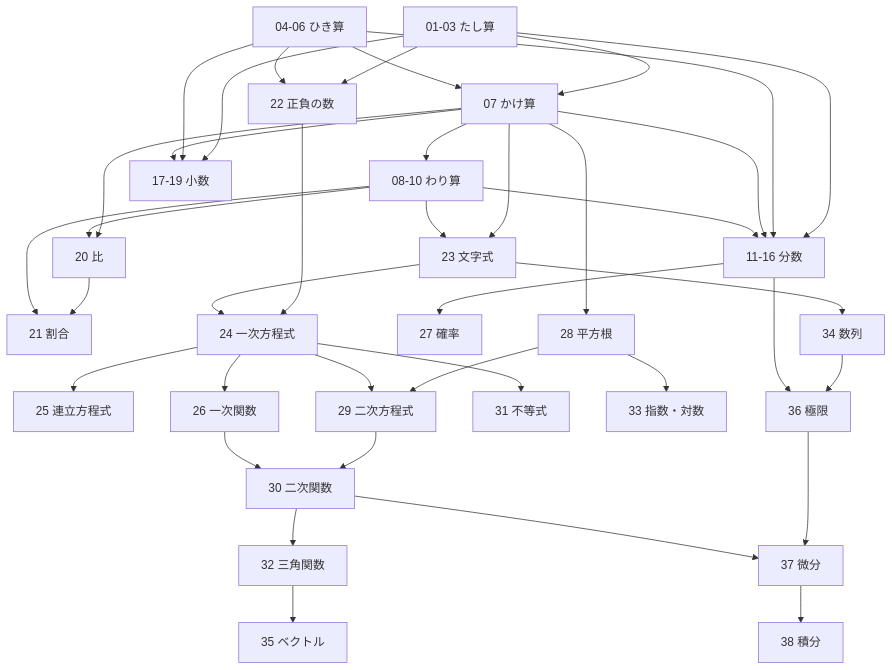
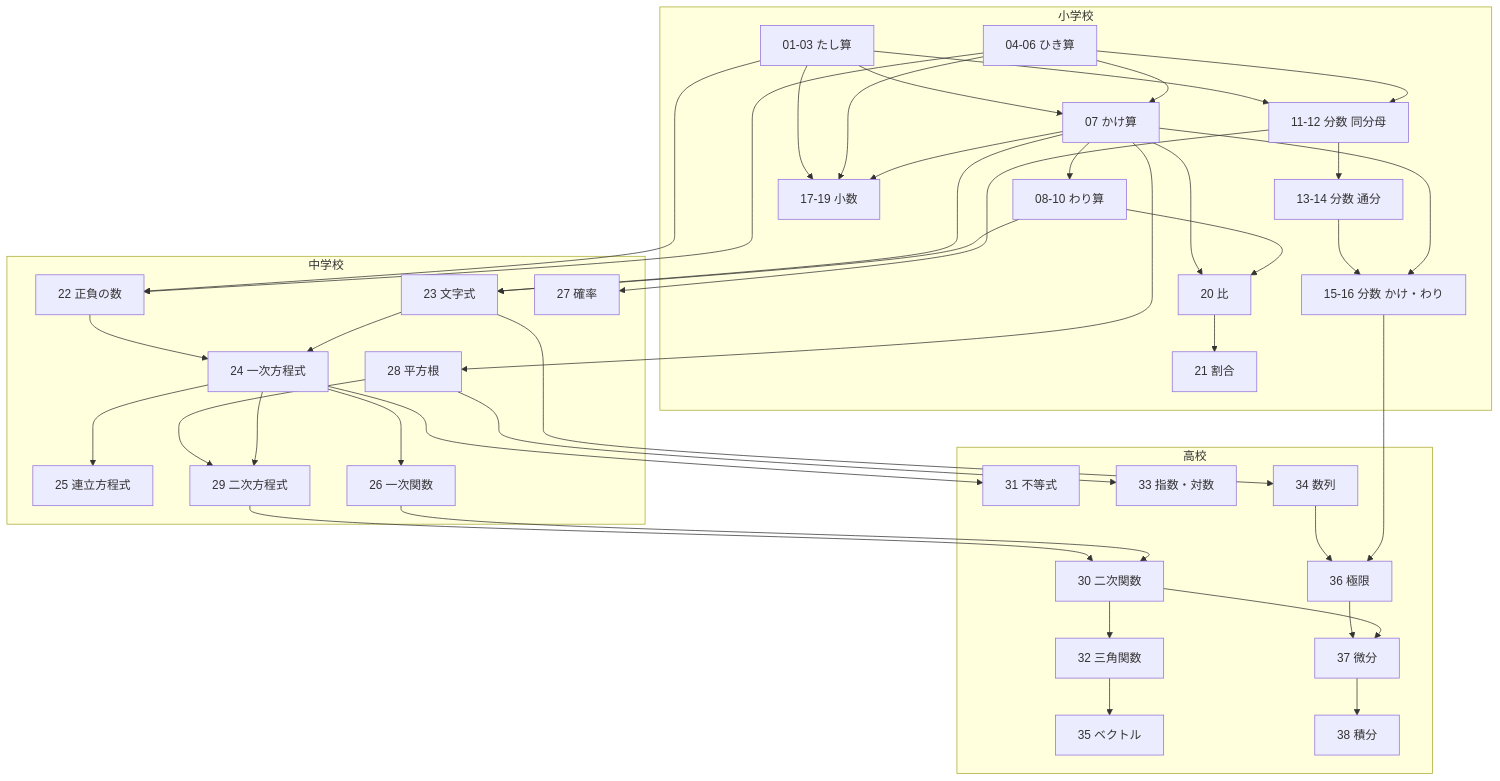
One commit to goataka/study changed the diagram in contents/math/README.md. Above: the diagram before and after it, drawn with Mermaid. The commit also changed other lines of this file and 116 other files, not shown here.

First line of the commit message:
Improve mermaid diagram with subgraphs, add example formulas to table, separate nav lines, link TOC to subject README, add Top link

````diff
--- a/contents/math/README.md
+++ b/contents/math/README.md
@@ -60,41 +62,77 @@
 ```mermaid
 graph TD
-    A01[01-03 たし算] --> A07[07 かけ算]
-    A04[04-06 ひき算] --> A07
-    A07 --> A08[08-10 わり算]
-    A01 --> A11[11-16 分数]
+    subgraph 小学校
+        A01[01-03 たし算]
+        A04[04-06 ひき算]
+        A07[07 かけ算]
+        A08[08-10 わり算]
+        A11[11-12 分数 同分母]
+        A13[13-14 分数 通分]
+        A15[15-16 分数 かけ・わり]
+        A17[17-19 小数]
+        A20[20 比]
+        A21[21 割合]
+    end
+
+    subgraph 中学校
+        A22[22 正負の数]
+        A23[23 文字式]
+        A24[24 一次方程式]
+        A25[25 連立方程式]
+        A26[26 一次関数]
+        A27[27 確率]
+        A28[28 平方根]
+        A29[29 二次方程式]
+    end
+
+    subgraph 高校
+        A30[30 二次関数]
+        A31[31 不等式]
+        A32[32 三角関数]
+        A33[33 指数・対数]
+        A34[34 数列]
+        A35[35 ベクトル]
+        A36[36 極限]
+        A37[37 微分]
+        A38[38 積分]
+    end
+
+    A01 --> A07
+    A04 --> A07
+    A07 --> A08
+    A01 --> A11
     A04 --> A11
-    A07 --> A11
-    A08 --> A11
-    A01 --> A17[17-19 小数]
+    A11 --> A13
+    A13 --> A15
+    A07 --> A15
+    A01 --> A17
     A04 --> A17
     A07 --> A17
-    A07 --> A20[20 比]
+    A07 --> A20
     A08 --> A20
-    A20 --> A21[21 割合]
-    A08 --> A21
-    A01 --> A22[22 正負の数]
+    A20 --> A21
+    A01 --> A22
     A04 --> A22
-    A07 --> A23[23 文字式]
+    A07 --> A23
     A08 --> A23
-    A22 --> A24[24 一次方程式]
+    A22 --> A24
     A23 --> A24
-    A24 --> A25[25 連立方程式]
-    A24 --> A26[26 一次関数]
-    A11 --> A27[27 確率]
-    A07 --> A28[28 平方根]
-    A28 --> A29[29 二次方程式]
+    A24 --> A25
+    A24 --> A26
+    A11 --> A27
+    A07 --> A28
+    A28 --> A29
     A24 --> A29
-    A29 --> A30[30 二次関数]
+    A29 --> A30
     A26 --> A30
-    A24 --> A31[31 不等式]
-    A30 --> A32[32 三角関数]
-    A28 --> A33[33 指数・対数]
-    A23 --> A34[34 数列]
-    A32 --> A35[35 ベクトル]
-    A34 --> A36[36 極限]
-    A11 --> A36
-    A36 --> A37[37 微分]
+    A24 --> A31
+    A30 --> A32
+    A28 --> A33
+    A23 --> A34
+    A32 --> A35
+    A34 --> A36
+    A15 --> A36
+    A36 --> A37
     A30 --> A37
-    A37 --> A38[38 積分]
+    A37 --> A38
 ```
````
